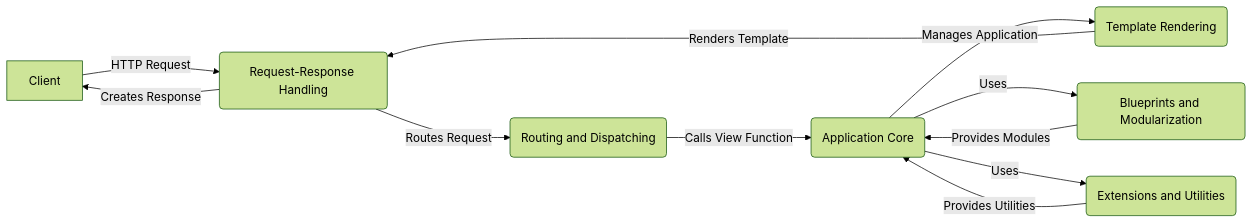
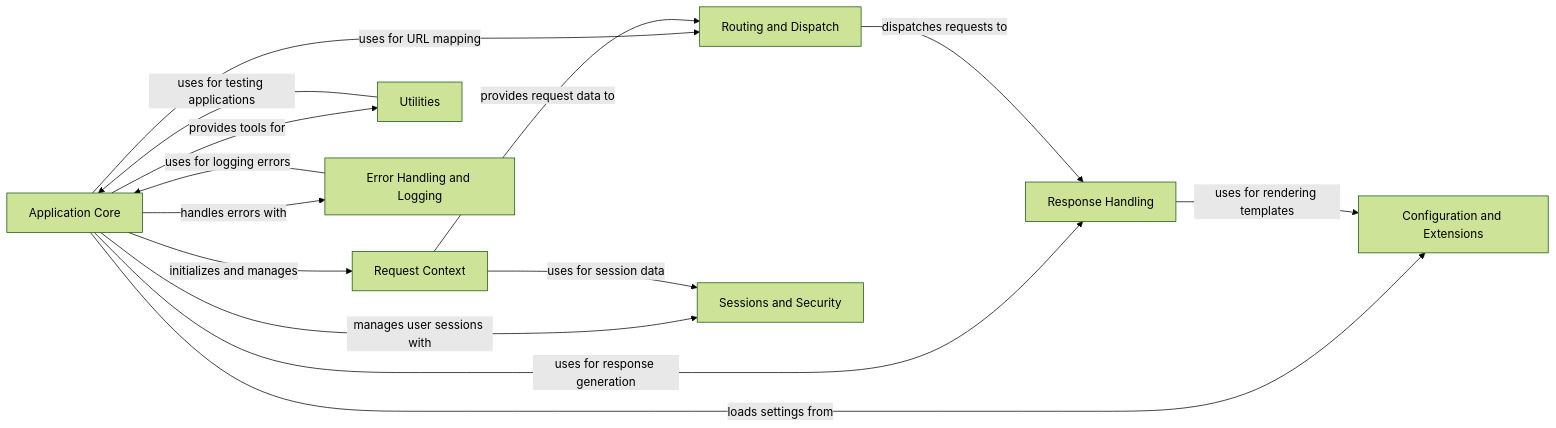
One commit to CodeBoarding/GeneratedOnBoardings changed the diagram in flask/on_boarding.md. Above: the diagram before and after it, drawn with Mermaid (forest theme). The commit also changed other lines of this file and 13 other files, not shown here.

````diff
--- a/flask/on_boarding.md
+++ b/flask/on_boarding.md
@@ -5,21 +1,32 @@
 ```mermaid
 graph LR
-    A[Client] -- HTTP Request --> B(Request-Response Handling)
-    B -- Routes Request --> C(Routing and Dispatching)
-    C -- Calls View Function --> D(Application Core)
-    D -- Manages Application --> E(Template Rendering)
-    E -- Renders Template --> B
-    B -- Creates Response --> A
-    D -- Uses --> F(Blueprints and Modularization)
-    F -- Provides Modules --> D
-    D -- Uses --> G(Extensions and Utilities)
-    G -- Provides Utilities --> D
-
-click A href "https://github.com/CodeBoarding/GeneratedOnBoardings/blob/main/flask//Request-Response Handling.md"
-click B href "https://github.com/CodeBoarding/GeneratedOnBoardings/blob/main/flask//Request-Response Handling.md"
-click C href "https://github.com/CodeBoarding/GeneratedOnBoardings/blob/main/flask//Routing and Dispatching.md"
-click D href "https://github.com/CodeBoarding/GeneratedOnBoardings/blob/main/flask//Application Core.md"
-click E href "https://github.com/CodeBoarding/GeneratedOnBoardings/blob/main/flask//Template Rendering.md"
-click F href "https://github.com/CodeBoarding/GeneratedOnBoardings/blob/main/flask//Blueprints and Modularization.md"
-click G href "https://github.com/CodeBoarding/GeneratedOnBoardings/blob/main/flask//Extensions and Utilities.md"
+    Application_Core["Application Core"]
+    Request_Context["Request Context"]
+    Routing_and_Dispatch["Routing and Dispatch"]
+    Response_Handling["Response Handling"]
+    Configuration_and_Extensions["Configuration and Extensions"]
+    Sessions_and_Security["Sessions and Security"]
+    Utilities["Utilities"]
+    Error_Handling_and_Logging["Error Handling and Logging"]
+    Application_Core -- "initializes and manages" --> Request_Context
+    Application_Core -- "uses for URL mapping" --> Routing_and_Dispatch
+    Application_Core -- "uses for response generation" --> Response_Handling
+    Application_Core -- "loads settings from" --> Configuration_and_Extensions
+    Application_Core -- "manages user sessions with" --> Sessions_and_Security
+    Application_Core -- "provides tools for" --> Utilities
+    Application_Core -- "handles errors with" --> Error_Handling_and_Logging
+    Request_Context -- "provides request data to" --> Routing_and_Dispatch
+    Routing_and_Dispatch -- "dispatches requests to" --> Response_Handling
+    Response_Handling -- "uses for rendering templates" --> Configuration_and_Extensions
+    Request_Context -- "uses for session data" --> Sessions_and_Security
+    Utilities -- "uses for testing applications" --> Application_Core
+    Error_Handling_and_Logging -- "uses for logging errors" --> Application_Core
+    click Application_Core href "https://github.com/CodeBoarding/GeneratedOnBoardings/blob/main/flask/Application Core.md" "Details"
+    click Request_Context href "https://github.com/CodeBoarding/GeneratedOnBoardings/blob/main/flask/Request Context.md" "Details"
+    click Routing_and_Dispatch href "https://github.com/CodeBoarding/GeneratedOnBoardings/blob/main/flask/Routing and Dispatch.md" "Details"
+    click Response_Handling href "https://github.com/CodeBoarding/GeneratedOnBoardings/blob/main/flask/Response Handling.md" "Details"
+    click Configuration_and_Extensions href "https://github.com/CodeBoarding/GeneratedOnBoardings/blob/main/flask/Configuration and Extensions.md" "Details"
+    click Sessions_and_Security href "https://github.com/CodeBoarding/GeneratedOnBoardings/blob/main/flask/Sessions and Security.md" "Details"
+    click Utilities href "https://github.com/CodeBoarding/GeneratedOnBoardings/blob/main/flask/Utilities.md" "Details"
+    click Error_Handling_and_Logging href "https://github.com/CodeBoarding/GeneratedOnBoardings/blob/main/flask/Error Handling and Logging.md" "Details"
 ```
````
